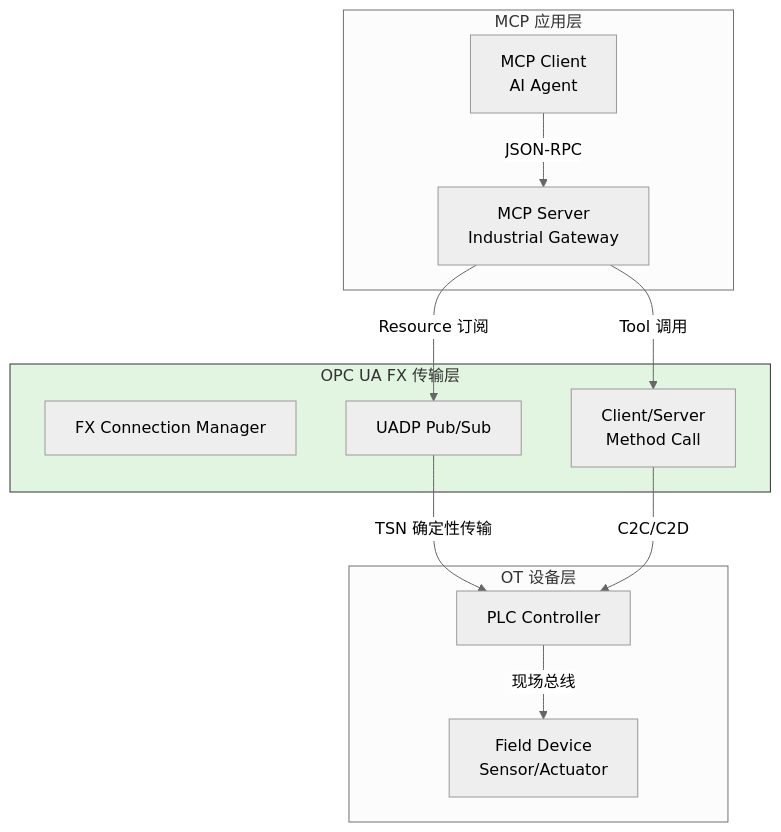
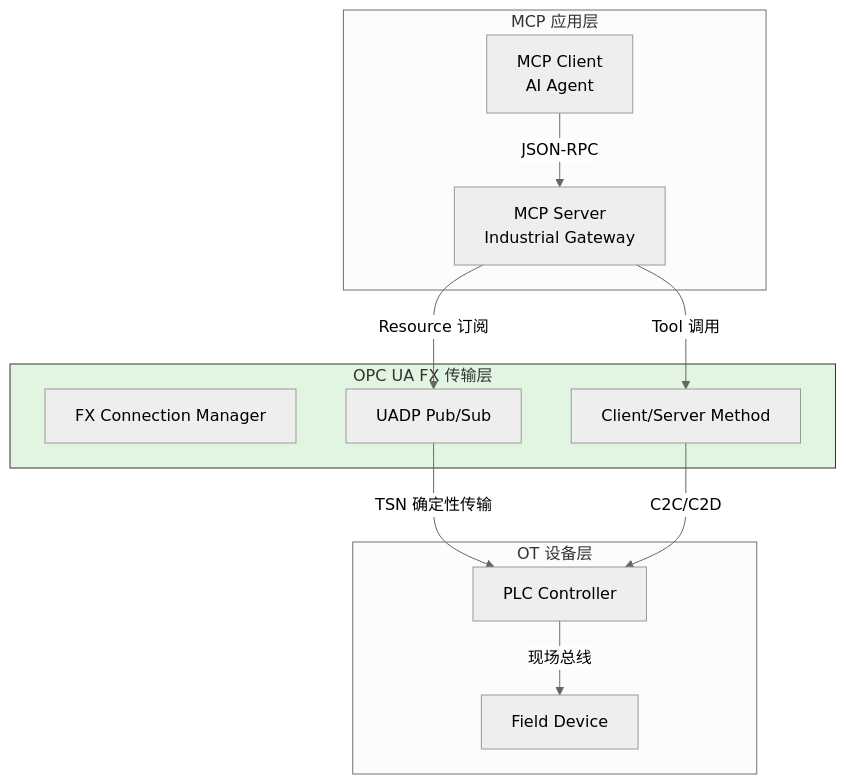
Before and after one commit to AdaMartin18010/Architecture: the third of 3 diagrams in struct/11-industrial-iot-otit/07-edge-ai/mcp-industrial-ai-draft.md, drawn with Mermaid (neutral theme). The commit also changed other lines of this file and 5 other files, not shown here.

````diff
--- a/struct/11-industrial-iot-otit/07-edge-ai/mcp-industrial-ai-draft.md
+++ b/struct/11-industrial-iot-otit/07-edge-ai/mcp-industrial-ai-draft.md
@@ -166,26 +138,23 @@
 ```mermaid
 graph TB
     subgraph MCP_Layer["MCP 应用层"]
         A[MCP Client<br/>AI Agent]
         B[MCP Server<br/>Industrial Gateway]
     end
-
     subgraph FX_Layer["OPC UA FX 传输层"]
         C[FX Connection Manager]
         D[UADP Pub/Sub]
-        E[Client/Server<br/>Method Call]
+        E[Client/Server Method]
     end
-
     subgraph OT_Layer["OT 设备层"]
         F[PLC Controller]
-        G[Field Device<br/>Sensor/Actuator]
+        G[Field Device]
     end
-
     A -->|JSON-RPC| B
     B -->|Resource 订阅| D
     B -->|Tool 调用| E
     D -->|TSN 确定性传输| F
     E -->|C2C/C2D| F
     F -->|现场总线| G
     style FX_Layer fill:#e1f5e1,stroke:#333
 ```
````
